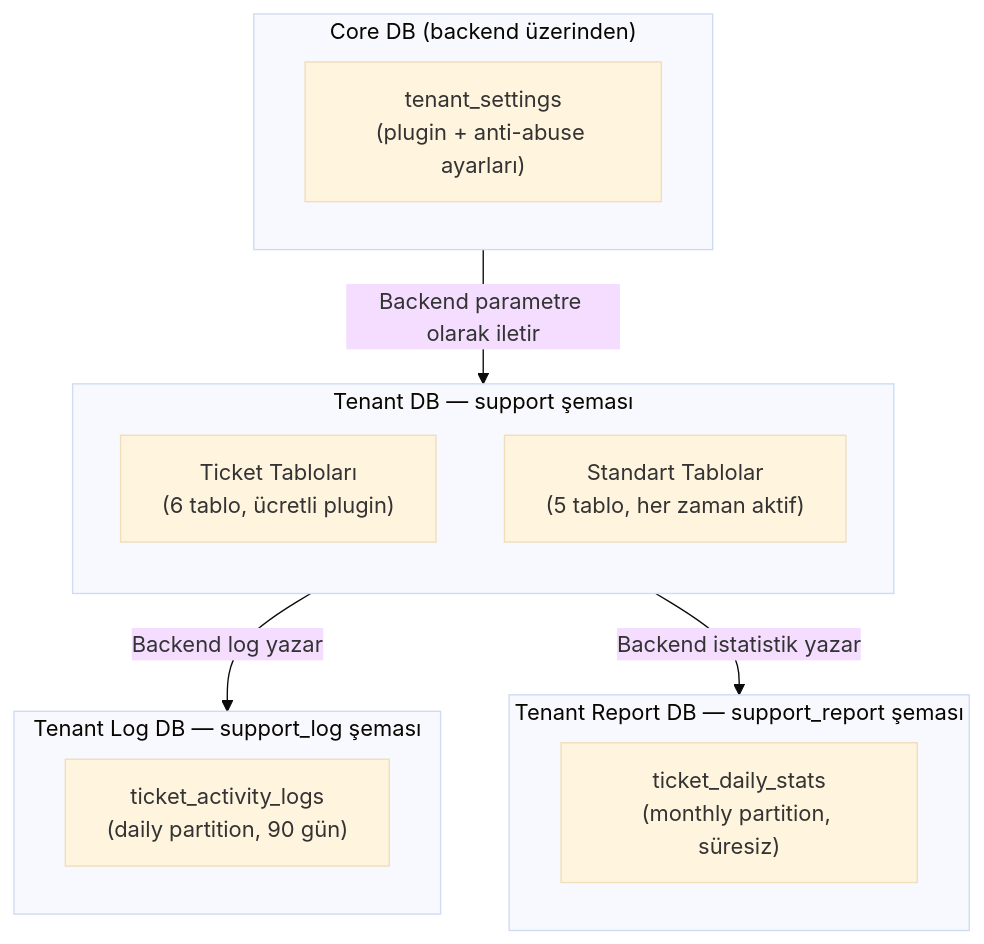
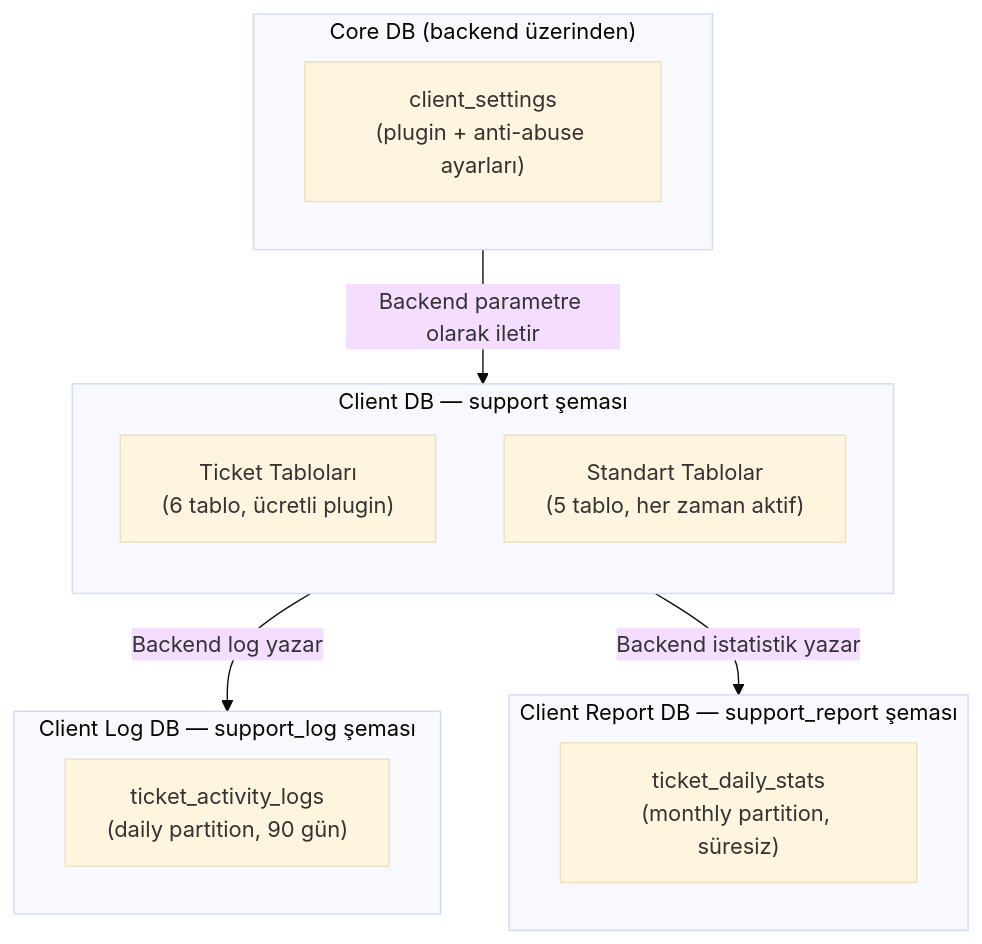
One commit to frhtshn/One.DB changed the first of 3 diagrams in .docs/guides/SPEC_CALL_CENTER.md. Above: the diagram before and after it, drawn with Mermaid (base theme). The commit also changed other lines of this file and 442 other files, not shown here.

First line of the commit message:
Nucleo → Sortis One ve tenant → client içerik güncellemeleri

````diff
--- a/.docs/guides/SPEC_CALL_CENTER.md
+++ b/.docs/guides/SPEC_CALL_CENTER.md
@@ -45,24 +45,24 @@
 ```mermaid
 flowchart TD
-    subgraph TENANT["Tenant DB — support şeması"]
+    subgraph CLIENT["Client DB — support şeması"]
         direction TB
         TICKET["Ticket Tabloları<br/>(6 tablo, ücretli plugin)"]
         STANDARD["Standart Tablolar<br/>(5 tablo, her zaman aktif)"]
     end
 
-    subgraph TENANT_LOG["Tenant Log DB — support_log şeması"]
+    subgraph CLIENT_LOG["Client Log DB — support_log şeması"]
         TAL["ticket_activity_logs<br/>(daily partition, 90 gün)"]
     end
 
-    subgraph TENANT_REPORT["Tenant Report DB — support_report şeması"]
+    subgraph CLIENT_REPORT["Client Report DB — support_report şeması"]
         TDS["ticket_daily_stats<br/>(monthly partition, süresiz)"]
     end
 
     subgraph CORE["Core DB (backend üzerinden)"]
-        TS["tenant_settings<br/>(plugin + anti-abuse ayarları)"]
+        TS["client_settings<br/>(plugin + anti-abuse ayarları)"]
     end
 
-    CORE -->|"Backend parametre olarak iletir"| TENANT
-    TENANT -->|"Backend log yazar"| TENANT_LOG
-    TENANT -->|"Backend istatistik yazar"| TENANT_REPORT
+    CORE -->|"Backend parametre olarak iletir"| CLIENT
+    CLIENT -->|"Backend log yazar"| CLIENT_LOG
+    CLIENT -->|"Backend istatistik yazar"| CLIENT_REPORT
 ```
````
